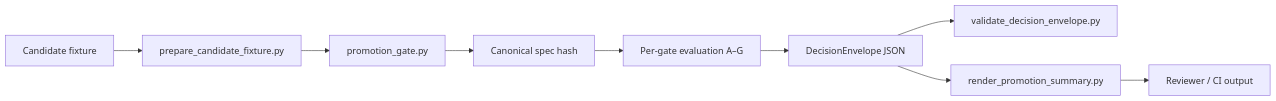
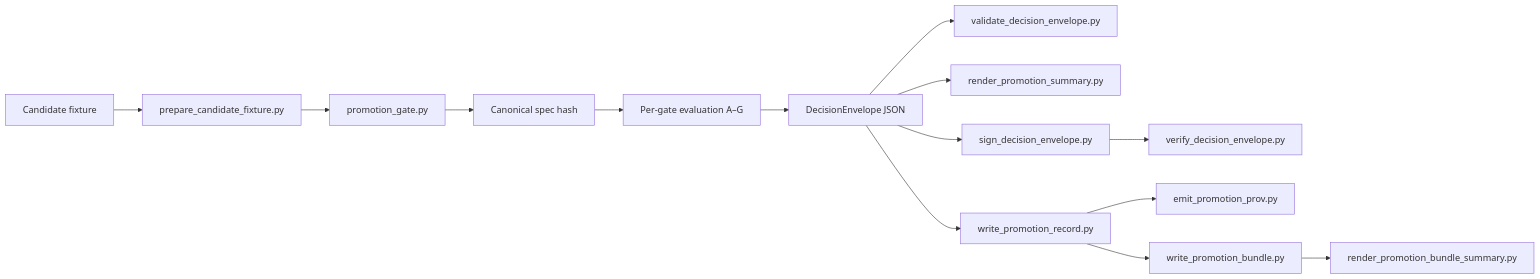
One commit to bartytime4life/Kansas-Frontier-Matrix changed the first of 2 diagrams in tools/validators/promotion_gate/README.md. Above: the diagram before and after it, drawn with Mermaid. The commit also changed other lines of this file, not shown here.

First line of the commit message:
Revise README with updated schemas and execution details

````diff
--- a/tools/validators/promotion_gate/README.md
+++ b/tools/validators/promotion_gate/README.md
@@ -257,11 +279,16 @@
 ```mermaid
 flowchart LR
     A[Candidate fixture] --> B[prepare_candidate_fixture.py]
     B --> C[promotion_gate.py]
     C --> D[Canonical spec hash]
     D --> E[Per-gate evaluation A–G]
     E --> F[DecisionEnvelope JSON]
     F --> G[validate_decision_envelope.py]
     F --> H[render_promotion_summary.py]
-    H --> I[Reviewer / CI output]
+    F --> I[sign_decision_envelope.py]
+    I --> J[verify_decision_envelope.py]
+    F --> K[write_promotion_record.py]
+    K --> L[emit_promotion_prov.py]
+    K --> M[write_promotion_bundle.py]
+    M --> N[render_promotion_bundle_summary.py]
 ```
````
